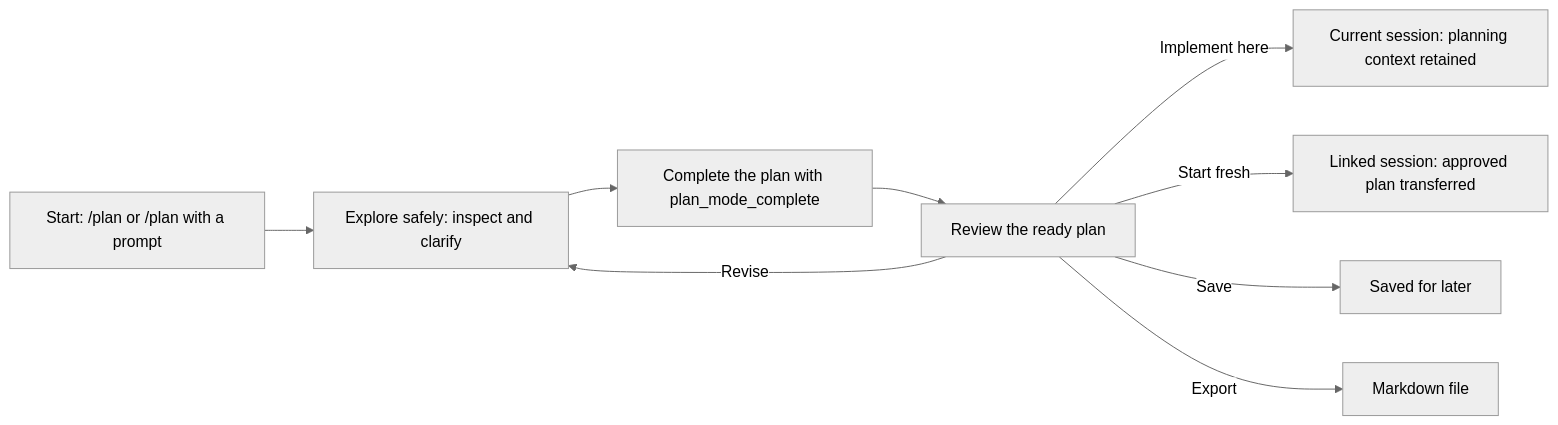
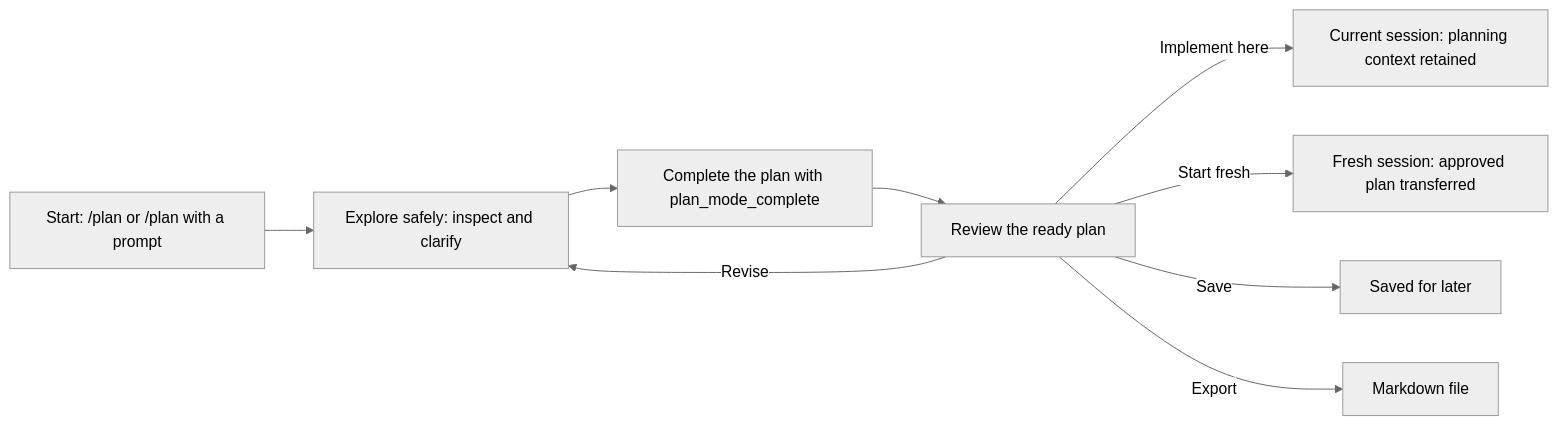
One commit to hao3039032/pi-plan-mode changed the first of 2 diagrams in README.md. Above: the diagram before and after it, drawn with Mermaid (neutral theme). The commit also changed other lines of this file, not shown here.

Commit message:
docs(plan-mode): correct workflow diagram claims

````diff
--- a/README.md
+++ b/README.md
@@ -53,12 +53,12 @@
 ```mermaid
 flowchart LR
     start["Start: /plan or /plan with a prompt"]
     start --> explore["Explore safely: inspect and clarify"]
     explore --> complete["Complete the plan with plan_mode_complete"]
     complete --> review["Review the ready plan"]
     review -->|Revise| explore
     review -->|Implement here| current["Current session: planning context retained"]
-    review -->|Start fresh| fresh["Linked session: approved plan transferred"]
+    review -->|Start fresh| fresh["Fresh session: approved plan transferred"]
     review -->|Save| saved["Saved for later"]
     review -->|Export| exported["Markdown file"]
 ```
````
